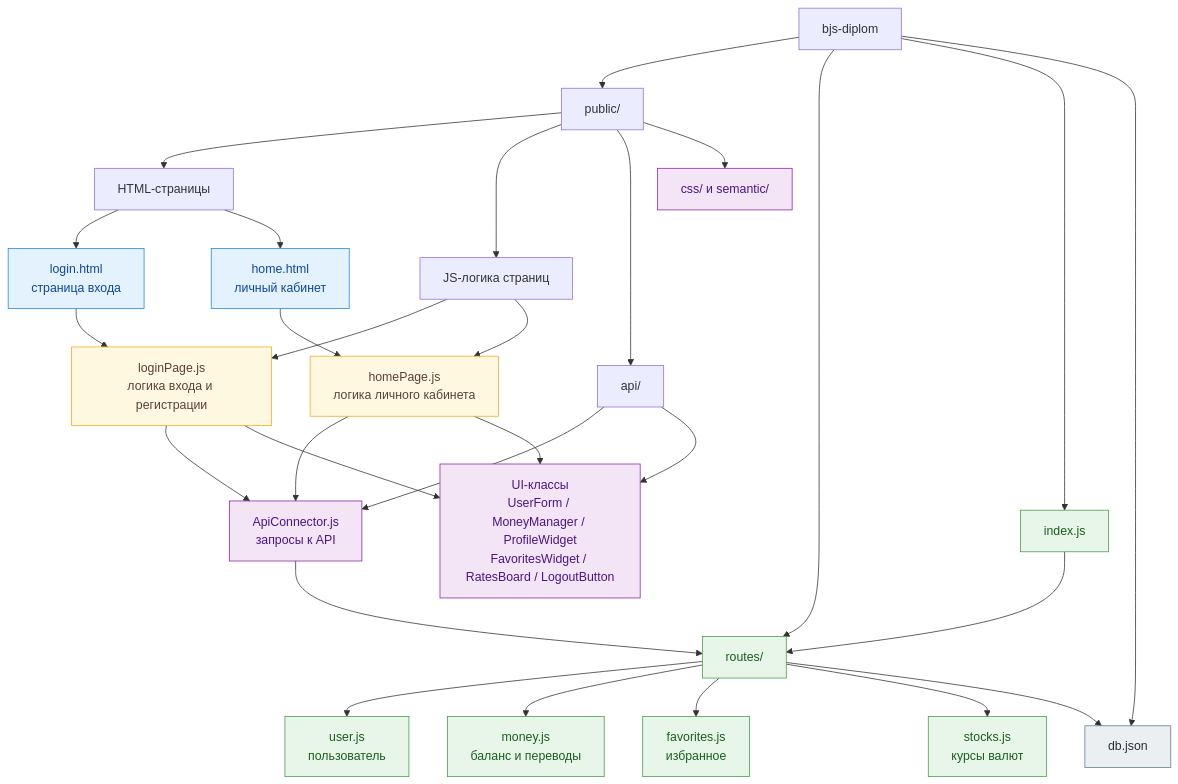
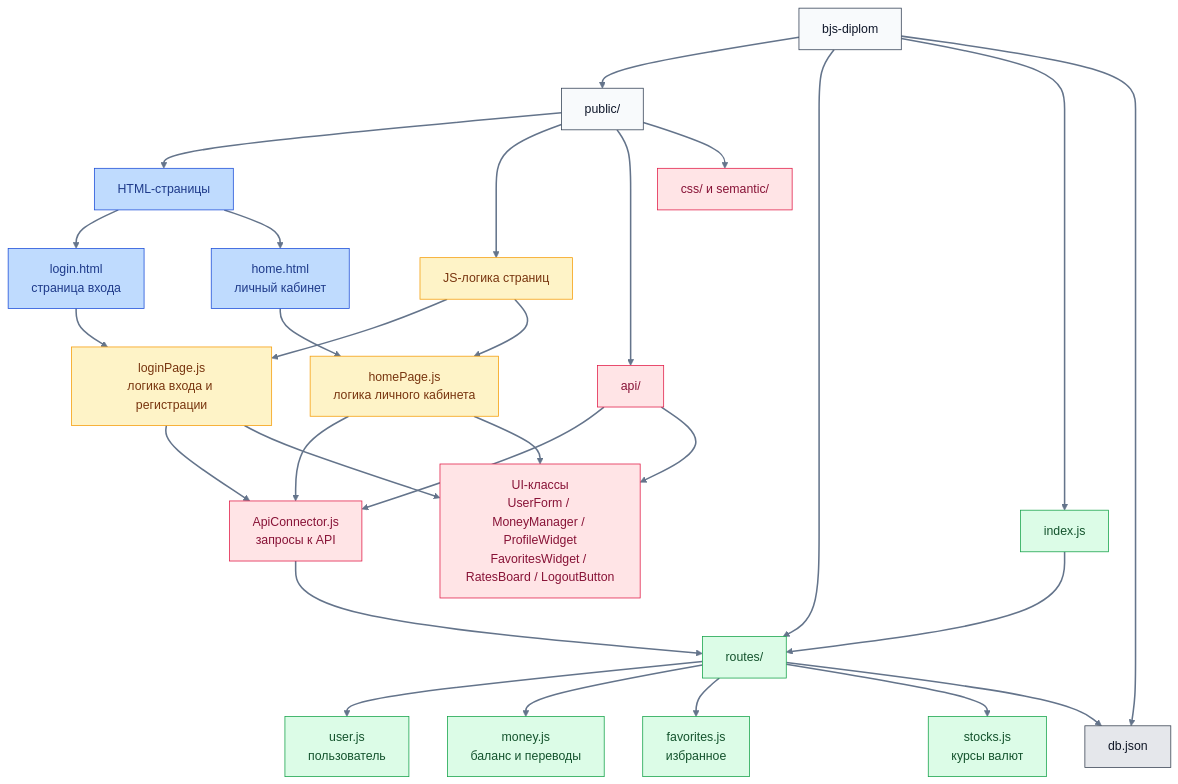
One commit to potykalov/bjs-diplom changed the diagram in README.md. Above: the diagram before and after it, drawn with Mermaid.

````diff
--- a/README.md
+++ b/README.md
@@ -148,53 +148,50 @@
 ```mermaid
 flowchart TD
-    classDef page fill:#e3f2fd,stroke:#1e88e5,color:#0d47a1
-    classDef mycode fill:#fff8e1,stroke:#f9a825,color:#5d4037
-    classDef ready fill:#f3e5f5,stroke:#8e24aa,color:#4a148c
-    classDef server fill:#e8f5e9,stroke:#43a047,color:#1b5e20
-    classDef data fill:#eceff1,stroke:#607d8b,color:#263238
+    classDef rootNode fill:#f8fafc,stroke:#334155,color:#0f172a
+    classDef page fill:#bfdbfe,stroke:#1d4ed8,color:#1e3a8a
+    classDef mycode fill:#fef3c7,stroke:#f59e0b,color:#78350f
+    classDef ready fill:#ffe4e6,stroke:#e11d48,color:#881337
+    classDef server fill:#dcfce7,stroke:#16a34a,color:#14532d
+    classDef data fill:#e5e7eb,stroke:#374151,color:#111827
 
-    root["bjs-diplom"]
+    root["bjs-diplom"]:::rootNode
 
-    root --> public["public/"]
-    root --> routes["routes/"]
-    root --> index["index.js"]
-    root --> db["db.json"]
+    root --> public["public/"]:::rootNode
+    root --> routes["routes/"]:::server
+    root --> index["index.js"]:::server
+    root --> db["db.json"]:::data
 
-    public --> pages["HTML-страницы"]
-    public --> scripts["JS-логика страниц"]
-    public --> api["api/"]
-    public --> styles["css/ и semantic/"]
+    public --> pages["HTML-страницы"]:::page
+    public --> scripts["JS-логика страниц"]:::mycode
+    public --> api["api/"]:::ready
+    public --> styles["css/ и semantic/"]:::ready
 
-    pages --> loginHtml["login.html<br>страница входа"]
-    pages --> homeHtml["home.html<br>личный кабинет"]
+    pages --> loginHtml["login.html<br>страница входа"]:::page
+    pages --> homeHtml["home.html<br>личный кабинет"]:::page
 
-    scripts --> loginJs["loginPage.js<br>логика входа и регистрации"]
-    scripts --> homeJs["homePage.js<br>логика личного кабинета"]
+    scripts --> loginJs["loginPage.js<br>логика входа и регистрации"]:::mycode
+    scripts --> homeJs["homePage.js<br>логика личного кабинета"]:::mycode
 
-    api --> apiConnector["ApiConnector.js<br>запросы к API"]
-    api --> uiClasses["UI-классы<br>UserForm / MoneyManager / ProfileWidget<br>FavoritesWidget / RatesBoard / LogoutButton"]
+    api --> apiConnector["ApiConnector.js<br>запросы к API"]:::ready
+    api --> uiClasses["UI-классы<br>UserForm / MoneyManager / ProfileWidget<br>FavoritesWidget / RatesBoard / LogoutButton"]:::ready
 
-    routes --> userRoute["user.js<br>пользователь"]
-    routes --> moneyRoute["money.js<br>баланс и переводы"]
-    routes --> favoritesRoute["favorites.js<br>избранное"]
-    routes --> stocksRoute["stocks.js<br>курсы валют"]
+    routes --> userRoute["user.js<br>пользователь"]:::server
+    routes --> moneyRoute["money.js<br>баланс и переводы"]:::server
+    routes --> favoritesRoute["favorites.js<br>избранное"]:::server
+    routes --> stocksRoute["stocks.js<br>курсы валют"]:::server
 
     index --> routes
     routes --> db
 
     loginHtml --> loginJs
     homeHtml --> homeJs
 
     loginJs --> apiConnector
     homeJs --> apiConnector
     loginJs --> uiClasses
     homeJs --> uiClasses
 
     apiConnector --> routes
 
-    class loginHtml,homeHtml,page page
-    class loginJs,homeJs mycode
-    class apiConnector,uiClasses,styles ready
-    class routes,index,userRoute,moneyRoute,favoritesRoute,stocksRoute server
-    class db data
+    linkStyle default stroke:#64748b,stroke-width:2px
 ```
````
